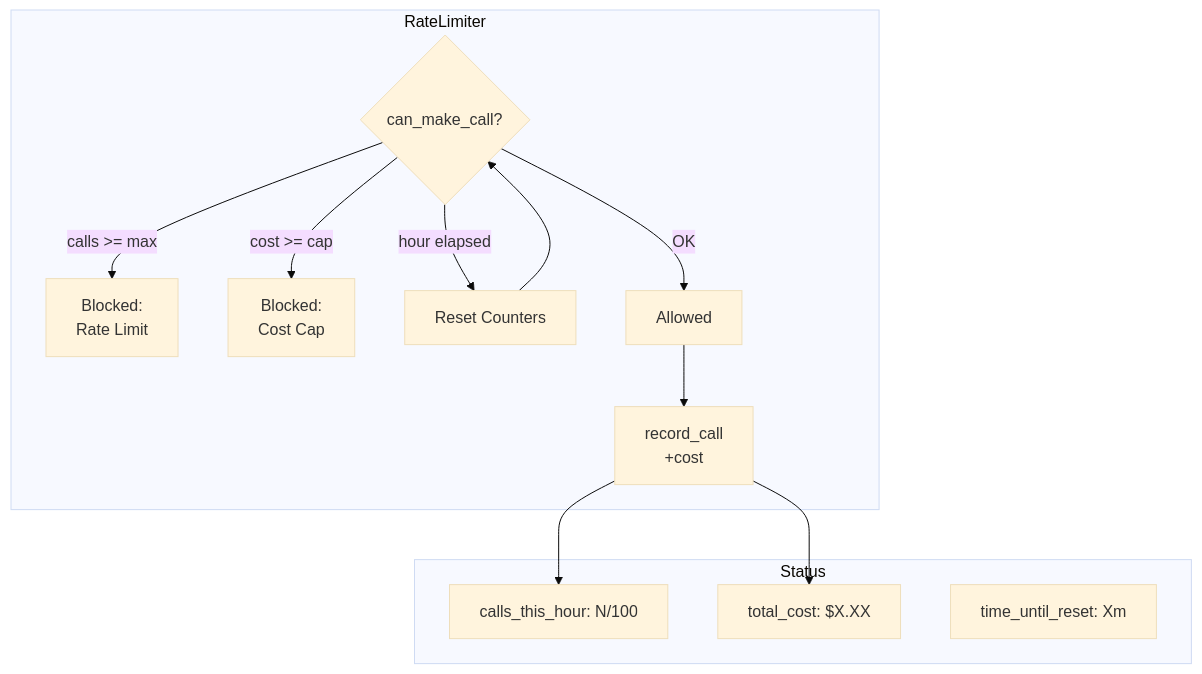
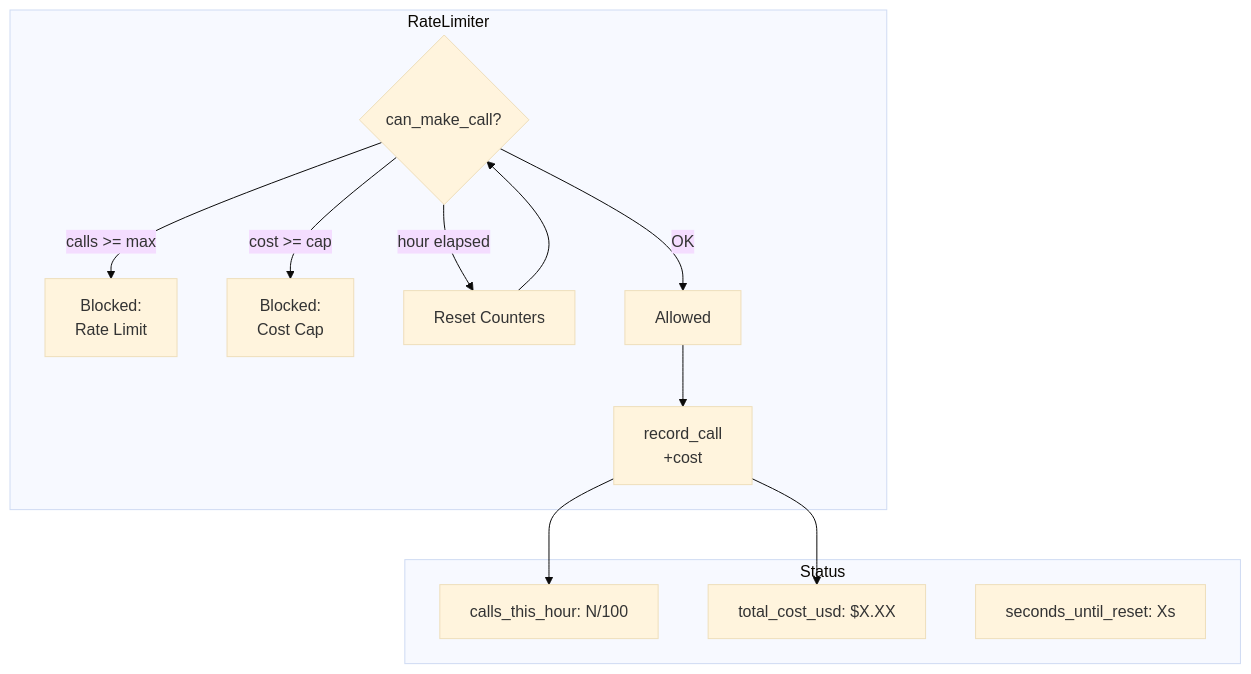
One commit to carrotly-ai/gluon-agent changed the fifth of 8 diagrams in docs/RALPH-LOOP.md. Above: the diagram before and after it, drawn with Mermaid (base theme). The commit also changed other lines of this file, not shown here.

````diff
--- a/docs/RALPH-LOOP.md
+++ b/docs/RALPH-LOOP.md
@@ -229,24 +264,24 @@
 ```mermaid
 flowchart TB
     subgraph RateLimiter
         CHECK{can_make_call?}
 
         CHECK -->|calls >= max| BLOCKED[Blocked:<br/>Rate Limit]
         CHECK -->|cost >= cap| BLOCKED2[Blocked:<br/>Cost Cap]
         CHECK -->|hour elapsed| RESET[Reset Counters]
         CHECK -->|OK| ALLOWED[Allowed]
 
         RESET --> CHECK
 
         ALLOWED --> RECORD[record_call<br/>+cost]
     end
 
     subgraph Status
         S1[calls_this_hour: N/100]
-        S2[total_cost: $X.XX]
-        S3[time_until_reset: Xm]
+        S2[total_cost_usd: $X.XX]
+        S3[seconds_until_reset: Xs]
     end
 
     RECORD --> S1
     RECORD --> S2
 ```
````
